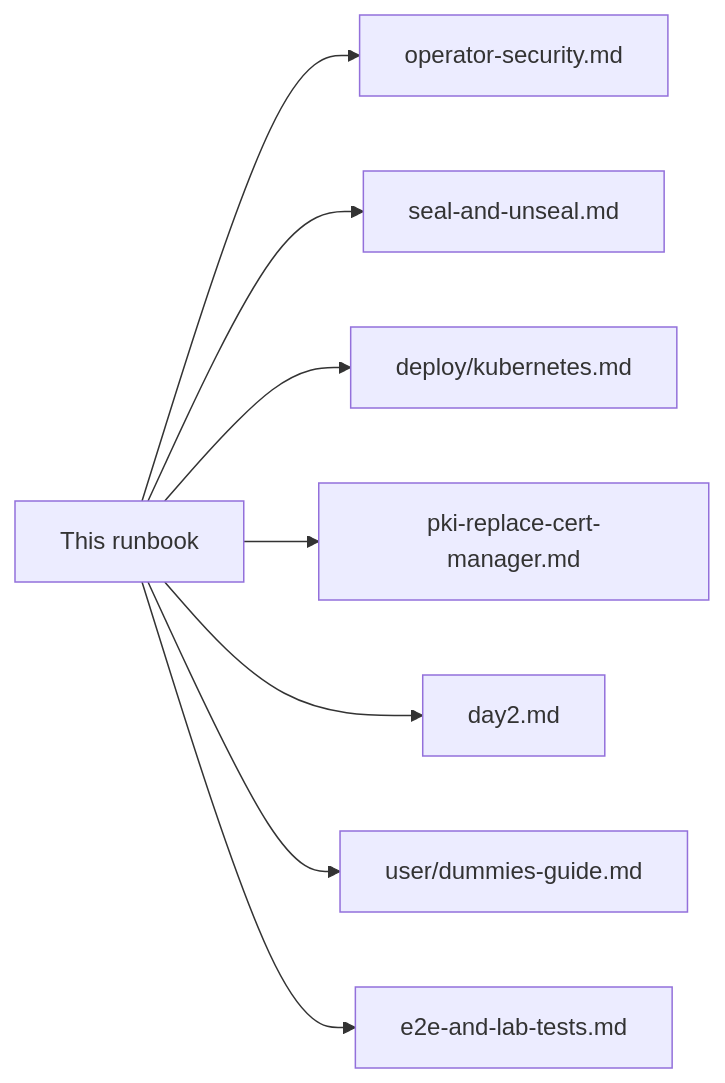
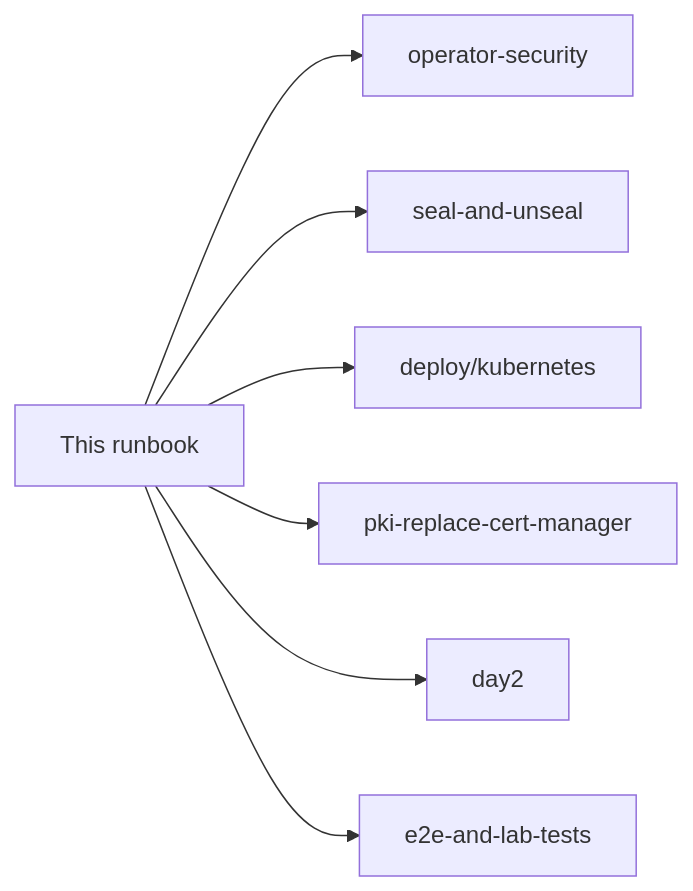
The third of 3 diagrams in docs/operations/operator-runbook.md (kubenexis/knxvault), drawn with Mermaid before and after one commit. The commit also changed other lines of this file, not shown here.

First line of the commit message:
docs: expand operator runbook with full Day-0 and Day-2 structure

````diff
--- a/docs/operations/operator-runbook.md
+++ b/docs/operations/operator-runbook.md
@@ -421,10 +594,9 @@
 ```mermaid
 flowchart LR
-  R[This runbook] --> Sec[operator-security.md]
-  R --> Seal[seal-and-unseal.md]
-  R --> K8s[deploy/kubernetes.md]
-  R --> PKI[pki-replace-cert-manager.md]
-  R --> Day2[day2.md]
-  R --> Dummy[user/dummies-guide.md]
-  R --> E2E[e2e-and-lab-tests.md]
+  R[This runbook] --> Sec[operator-security]
+  R --> Seal[seal-and-unseal]
+  R --> K8s[deploy/kubernetes]
+  R --> PKI[pki-replace-cert-manager]
+  R --> D2[day2]
+  R --> E2E[e2e-and-lab-tests]
 ```
````
